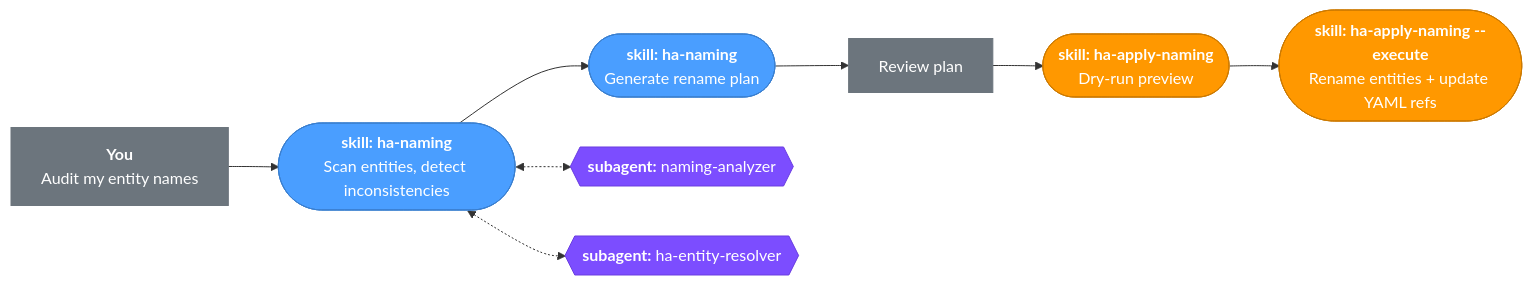
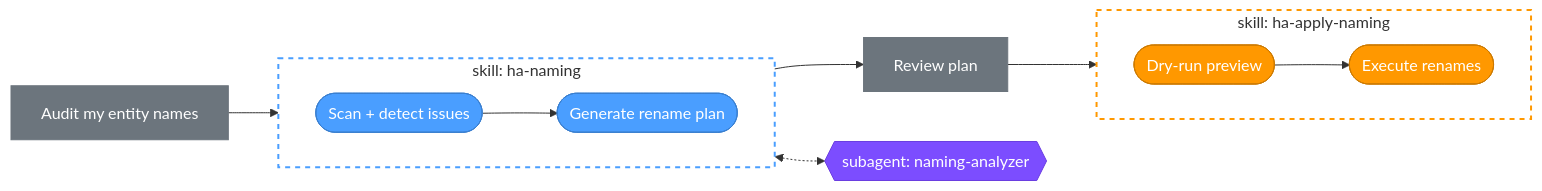
One commit to Benny-Lewis/home-assistant-assistant changed the second of 4 diagrams in README.md. Above: the diagram before and after it, drawn with Mermaid. The commit also changed other lines of this file, not shown here.

First line of the commit message:
docs: replace How It Works diagrams with GitHub-compatible Mermaid

````diff
--- a/README.md
+++ b/README.md
@@ -108,20 +114,29 @@
 ```mermaid
 flowchart LR
-    A["<b>You</b><br/>Audit my entity names"] --> B
-    B(["<b>skill: ha-naming</b><br/>Scan entities, detect inconsistencies"]) --> C
-    C(["<b>skill: ha-naming</b><br/>Generate rename plan"]) --> D["Review plan"]
-    D --> E(["<b>skill: ha-apply-naming</b><br/>Dry-run preview"])
-    E --> F(["<b>skill: ha-apply-naming --execute</b><br/>Rename entities + update YAML refs"])
+    A[Audit my entity names] --> B
 
-    B <-.-> AG1{{"<b>subagent:</b> naming-analyzer"}}
-    B <-.-> AG2{{"<b>subagent:</b> ha-entity-resolver"}}
+    subgraph naming [skill: ha-naming]
+        direction LR
+        B([Scan + detect issues]) --> C([Generate rename plan])
+    end
+
+    C --> D[Review plan]
+    D --> E
+
+    subgraph apply [skill: ha-apply-naming]
+        direction LR
+        E([Dry-run preview]) --> F([Execute renames])
+    end
+
+    B <-.-> AG1{{subagent: naming-analyzer}}
 
     style A fill:#6c757d,color:#fff,stroke:#6c757d
     style D fill:#6c757d,color:#fff,stroke:#6c757d
     style B fill:#4a9eff,color:#fff,stroke:#3a7fcf
     style C fill:#4a9eff,color:#fff,stroke:#3a7fcf
     style E fill:#ff9800,color:#fff,stroke:#cc7a00
     style F fill:#ff9800,color:#fff,stroke:#cc7a00
+    style naming fill:none,stroke:#4a9eff,stroke-width:2px,stroke-dasharray:5 5
+    style apply fill:none,stroke:#ff9800,stroke-width:2px,stroke-dasharray:5 5
     style AG1 fill:#7c4dff,color:#fff,stroke:#6a3de0
-    style AG2 fill:#7c4dff,color:#fff,stroke:#6a3de0
 ```
````
